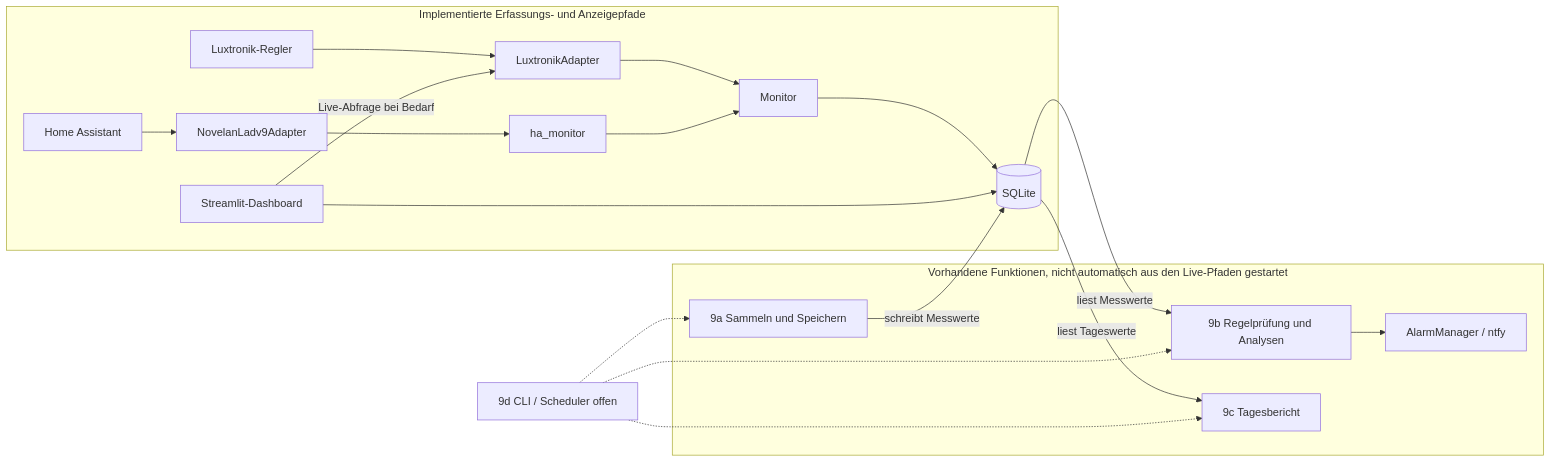
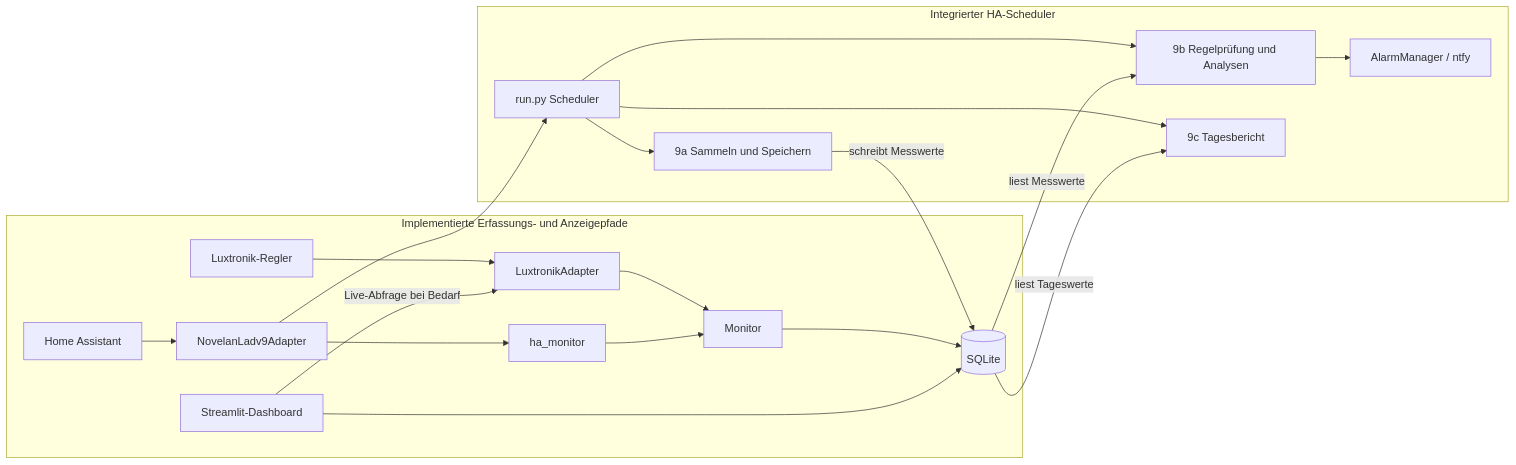
One commit to matzesonic1/wp-analyse changed the diagram in docs/backlog.md. Above: the diagram before and after it, drawn with Mermaid. The commit also changed other lines of this file, not shown here.

Commit message:
Anbindung an HA und weiterEntwicklung Live Betrieb / nötiger Messwerte

````diff
--- a/docs/backlog.md
+++ b/docs/backlog.md
@@ -41,39 +69,40 @@
 ```mermaid
 flowchart LR
     lux[Luxtronik-Regler]
     ha[Home Assistant]
     luxAdapter[LuxtronikAdapter]
     haAdapter[NovelanLadv9Adapter]
     monitor[Monitor]
     haMonitor[ha_monitor]
     dashboard[Streamlit-Dashboard]
     db[(SQLite)]
 
     subgraph live[Implementierte Erfassungs- und Anzeigepfade]
         lux --> luxAdapter
         luxAdapter --> monitor
         monitor --> db
         dashboard -->|Live-Abfrage bei Bedarf| luxAdapter
         dashboard --> db
         ha --> haAdapter
         haAdapter --> haMonitor
         haMonitor --> monitor
     end
 
-    subgraph modules[Vorhandene Funktionen, nicht automatisch aus den Live-Pfaden gestartet]
+    subgraph modules[Integrierter HA-Scheduler]
+        scheduler[run.py Scheduler]
         capture[9a Sammeln und Speichern]
         check[9b Regelprüfung und Analysen]
         alarms[AlarmManager / ntfy]
         report[9c Tagesbericht]
+        haAdapter --> scheduler
+        scheduler --> capture
+        scheduler --> check
+        scheduler --> report
         check --> alarms
     end
 
     db -->|liest Messwerte| check
     db -->|liest Tageswerte| report
     capture -->|schreibt Messwerte| db
 
-    scheduler[9d CLI / Scheduler offen]
-    scheduler -.-> capture
-    scheduler -.-> check
-    scheduler -.-> report
 ```
````
